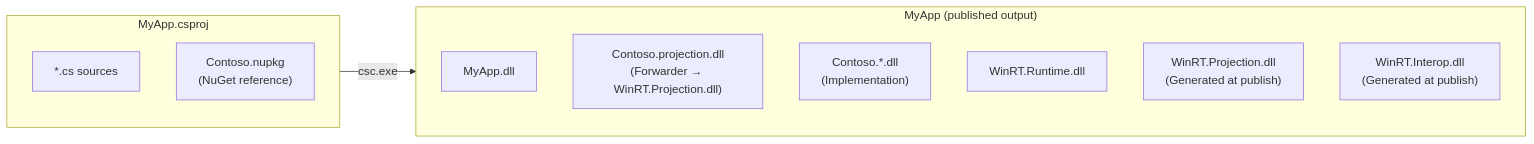
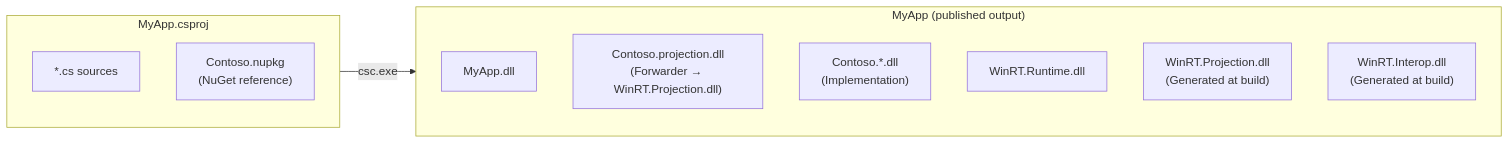
The second of 2 diagrams in docs/usage.md (microsoft/CsWinRT), drawn with Mermaid before and after one commit. The commit also changed 7 other files, not shown here.

````diff
--- a/docs/usage.md
+++ b/docs/usage.md
@@ -100,18 +100,18 @@
 ```mermaid
 flowchart LR
     subgraph proj ["MyApp.csproj"]
         SRC["*.cs sources"]
         NuGet["Contoso.nupkg\n(NuGet reference)"]
     end
 
     proj -->|csc.exe| exe
 
     subgraph exe ["MyApp (published output)"]
         A["MyApp.dll"]
         B["Contoso.projection.dll\n(Forwarder → WinRT.Projection.dll)"]
         C["Contoso.*.dll\n(Implementation)"]
         D["WinRT.Runtime.dll"]
-        E["WinRT.Projection.dll\n(Generated at publish)"]
-        F["WinRT.Interop.dll\n(Generated at publish)"]
+        E["WinRT.Projection.dll\n(Generated at build)"]
+        F["WinRT.Interop.dll\n(Generated at build)"]
     end
 ```
````
